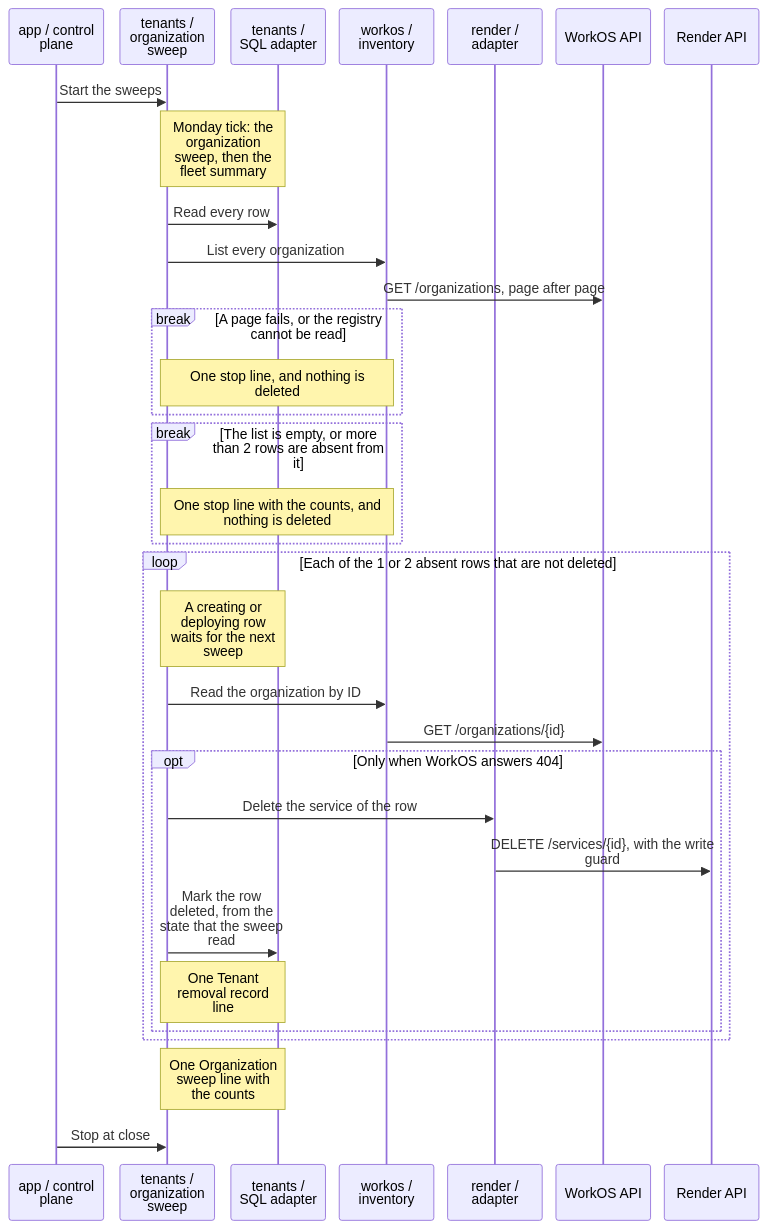
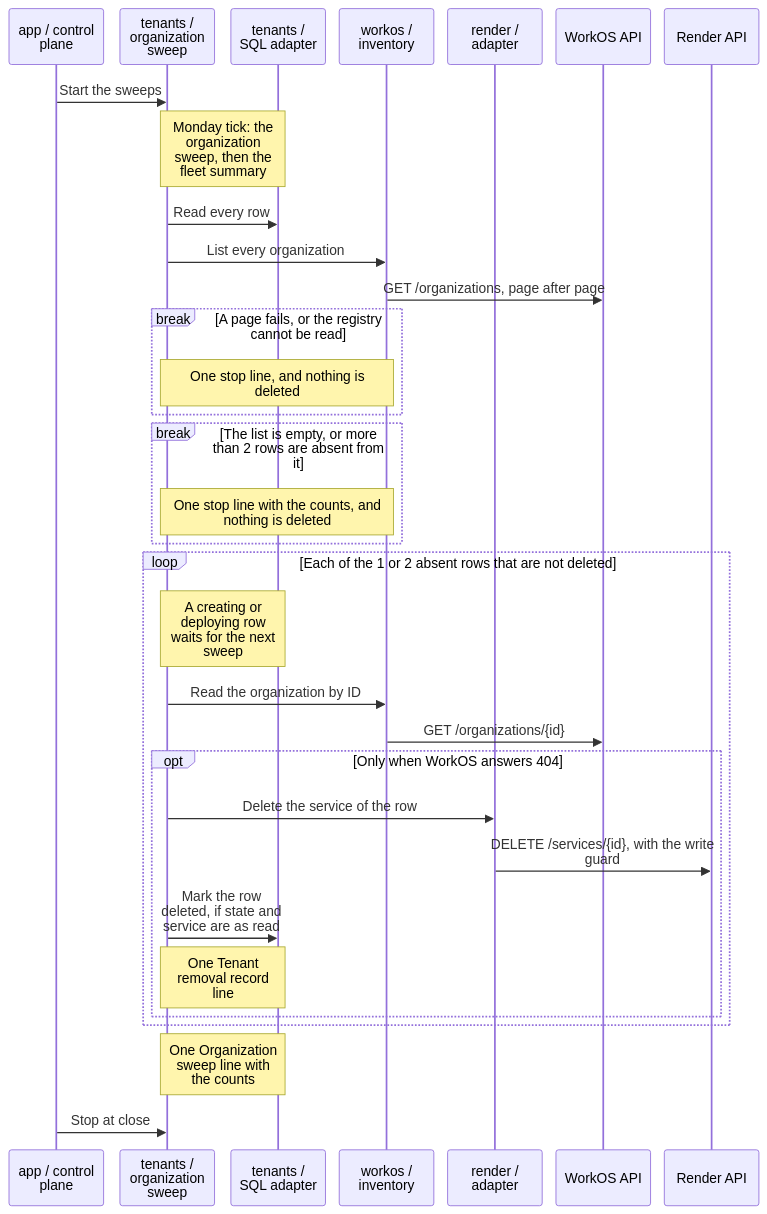
Before and after one commit to tomer-mayara/Thermus: diagram 19 of 21 in architecture/components.md, drawn with Mermaid. The commit also changed other lines of this file and 28 other files, not shown here.

````diff
--- a/architecture/components.md
+++ b/architecture/components.md
@@ -1567,35 +1602,35 @@
 ```mermaid
 %%{init: {"sequence": {"wrap": true, "actorMargin": 16, "width": 110}}}%%
 sequenceDiagram
   participant App as app / control plane
   participant Sweep as tenants / organization sweep
   participant Store as tenants / SQL adapter
   participant Inv as workos / inventory
   participant Render as render / adapter
   participant WorkOS as WorkOS API
   participant API as Render API
   App->>Sweep: Start the sweeps
   Note over Sweep,Store: Monday tick: the organization sweep, then the fleet summary
   Sweep->>Store: Read every row
   Sweep->>Inv: List every organization
   Inv->>WorkOS: GET /organizations, page after page
   break A page fails, or the registry cannot be read
     Note over Sweep,Inv: One stop line, and nothing is deleted
   end
   break The list is empty, or more than 2 rows are absent from it
     Note over Sweep,Inv: One stop line with the counts, and nothing is deleted
   end
   loop Each of the 1 or 2 absent rows that are not deleted
     Note over Sweep,Store: A creating or deploying row waits for the next sweep
     Sweep->>Inv: Read the organization by ID
     Inv->>WorkOS: GET /organizations/{id}
     opt Only when WorkOS answers 404
       Sweep->>Render: Delete the service of the row
       Render->>API: DELETE /services/{id}, with the write guard
-      Sweep->>Store: Mark the row deleted, from the state that the sweep read
+      Sweep->>Store: Mark the row deleted, if state and service are as read
       Note over Sweep,Store: One Tenant removal record line
     end
   end
   Note over Sweep,Store: One Organization sweep line with the counts
   App->>Sweep: Stop at close
 ```
````
